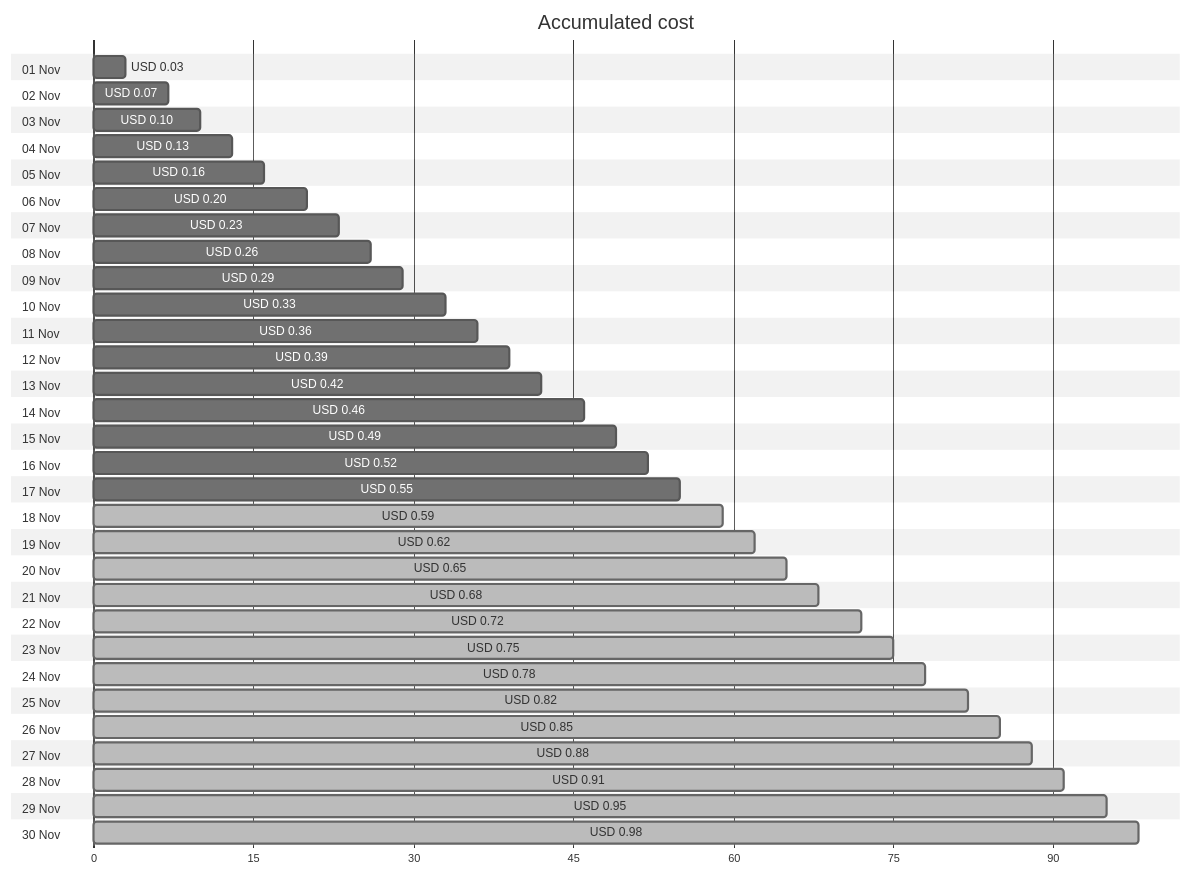
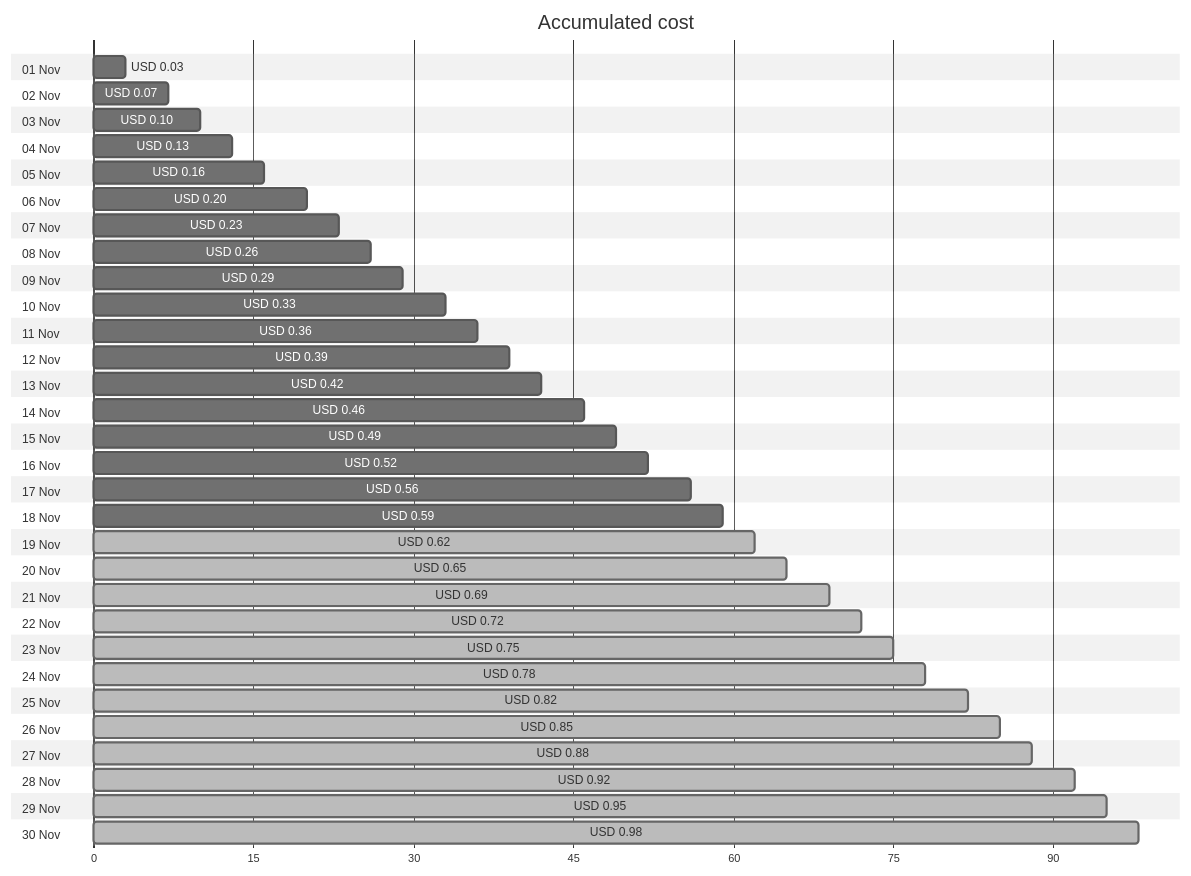
One commit to jpfulton/azure-personal-reports changed the first of 4 diagrams in cost-reports/personal-dns/README.md. Above: the diagram before and after it, drawn with Mermaid (neutral theme). The commit also changed other lines of this file and 2 other files, not shown here.

````diff
--- a/cost-reports/personal-dns/README.md
+++ b/cost-reports/personal-dns/README.md
@@ -20,66 +20,66 @@
 ```mermaid
 gantt
    title Accumulated cost
    dateFormat  X
    axisFormat %s
    section 01 Nov
    USD 0.03 :0, 3
    section 02 Nov
    USD 0.07 :0, 7
    section 03 Nov
    USD 0.10 :0, 10
    section 04 Nov
    USD 0.13 :0, 13
    section 05 Nov
    USD 0.16 :0, 16
    section 06 Nov
    USD 0.20 :0, 20
    section 07 Nov
    USD 0.23 :0, 23
    section 08 Nov
    USD 0.26 :0, 26
    section 09 Nov
    USD 0.29 :0, 29
    section 10 Nov
    USD 0.33 :0, 33
    section 11 Nov
    USD 0.36 :0, 36
    section 12 Nov
    USD 0.39 :0, 39
    section 13 Nov
    USD 0.42 :0, 42
    section 14 Nov
    USD 0.46 :0, 46
    section 15 Nov
    USD 0.49 :0, 49
    section 16 Nov
    USD 0.52 :0, 52
    section 17 Nov
-   USD 0.55 :0, 55
+   USD 0.56 :0, 56
    section 18 Nov
-   USD 0.59 : done, 0, 59
+   USD 0.59 :0, 59
    section 19 Nov
    USD 0.62 : done, 0, 62
    section 20 Nov
    USD 0.65 : done, 0, 65
    section 21 Nov
-   USD 0.68 : done, 0, 68
+   USD 0.69 : done, 0, 69
    section 22 Nov
    USD 0.72 : done, 0, 72
    section 23 Nov
    USD 0.75 : done, 0, 75
    section 24 Nov
    USD 0.78 : done, 0, 78
    section 25 Nov
    USD 0.82 : done, 0, 82
    section 26 Nov
    USD 0.85 : done, 0, 85
    section 27 Nov
    USD 0.88 : done, 0, 88
    section 28 Nov
-   USD 0.91 : done, 0, 91
+   USD 0.92 : done, 0, 92
    section 29 Nov
    USD 0.95 : done, 0, 95
    section 30 Nov
    USD 0.98 : done, 0, 98
 ```
````
